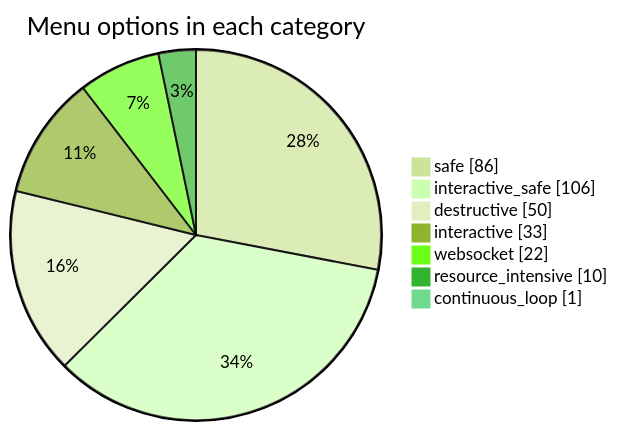
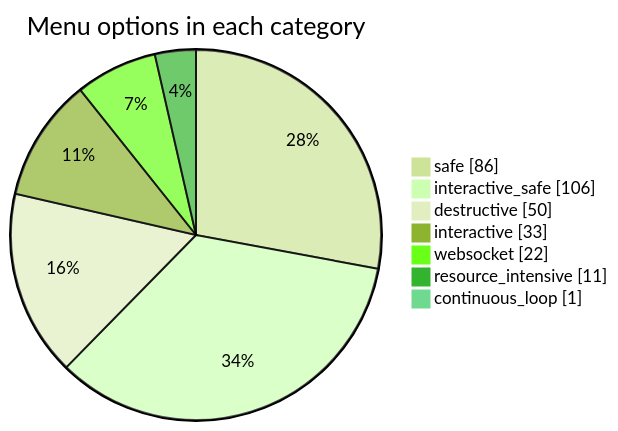
Before and after one commit to jmorrison-juniper/MistHelper: the third of 3 diagrams in documentation/menu-api/README.md, drawn with Mermaid (forest theme). The commit also changed other lines of this file and 111 other files, not shown here.

````diff
--- a/documentation/menu-api/README.md
+++ b/documentation/menu-api/README.md
@@ -61,11 +61,11 @@
 ```mermaid
 pie showData
     title Menu options in each category
     "safe" : 86
     "interactive_safe" : 106
     "destructive" : 50
     "interactive" : 33
     "websocket" : 22
-    "resource_intensive" : 10
+    "resource_intensive" : 11
     "continuous_loop" : 1
 ```
````
